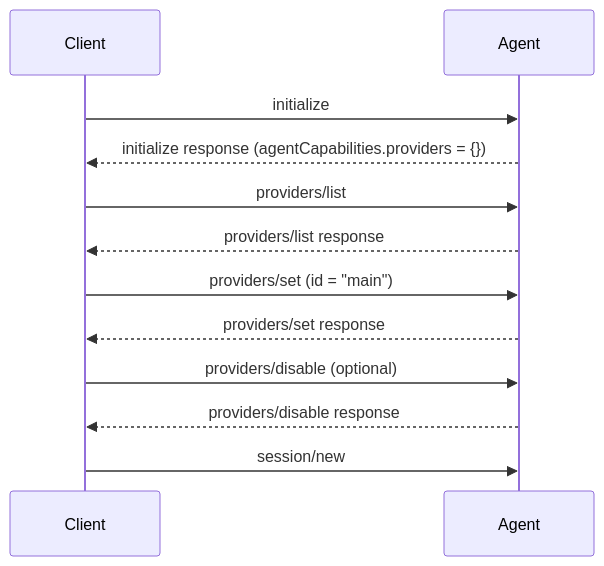
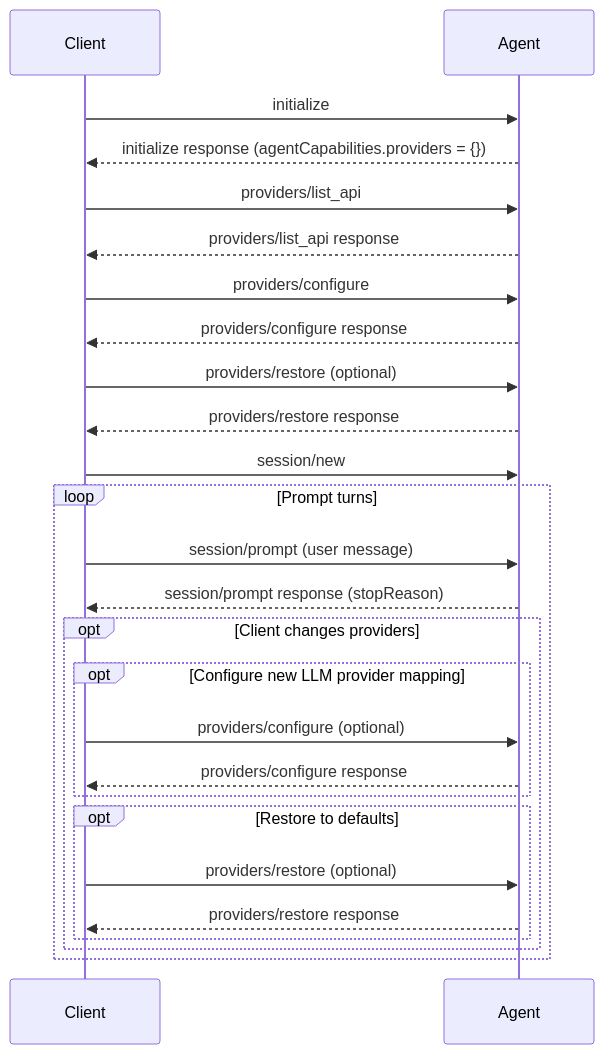
Before and after one commit to agentclientprotocol/agent-client-protocol: the diagram in docs/rfds/custom-llm-endpoint.mdx, drawn with Mermaid. The commit also changed other lines of this file and 3 other files, not shown here.

Commit message:
Update providers RFD to support batch update and restore

````diff
--- a/docs/rfds/custom-llm-endpoint.mdx
+++ b/docs/rfds/custom-llm-endpoint.mdx
@@ -58,19 +58,35 @@
 ```mermaid
 sequenceDiagram
     participant Client
     participant Agent
 
     Client->>Agent: initialize
     Agent-->>Client: initialize response (agentCapabilities.providers = {})
 
-    Client->>Agent: providers/list
-    Agent-->>Client: providers/list response
+    Client->>Agent: providers/list_api
+    Agent-->>Client: providers/list_api response
 
-    Client->>Agent: providers/set (id = "main")
-    Agent-->>Client: providers/set response
+    Client->>Agent: providers/configure
+    Agent-->>Client: providers/configure response
 
-    Client->>Agent: providers/disable (optional)
-    Agent-->>Client: providers/disable response
+    Client->>Agent: providers/restore (optional)
+    Agent-->>Client: providers/restore response
 
     Client->>Agent: session/new
+
+    loop Prompt turns
+        Client->>Agent: session/prompt (user message)
+        Agent-->>Client: session/prompt response (stopReason)
+
+        opt Client changes providers
+            opt Configure new LLM provider mapping
+                Client->>Agent: providers/configure (optional)
+                Agent-->>Client: providers/configure response
+            end
+            opt Restore to defaults
+                Client->>Agent: providers/restore (optional)
+                Agent-->>Client: providers/restore response
+            end
+        end
+    end
 ```
````
